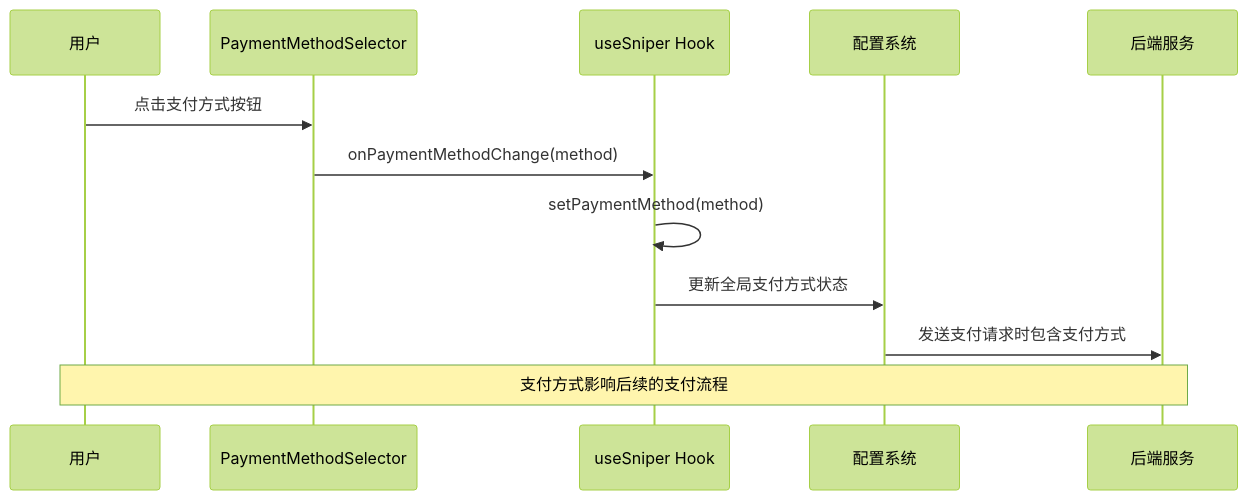
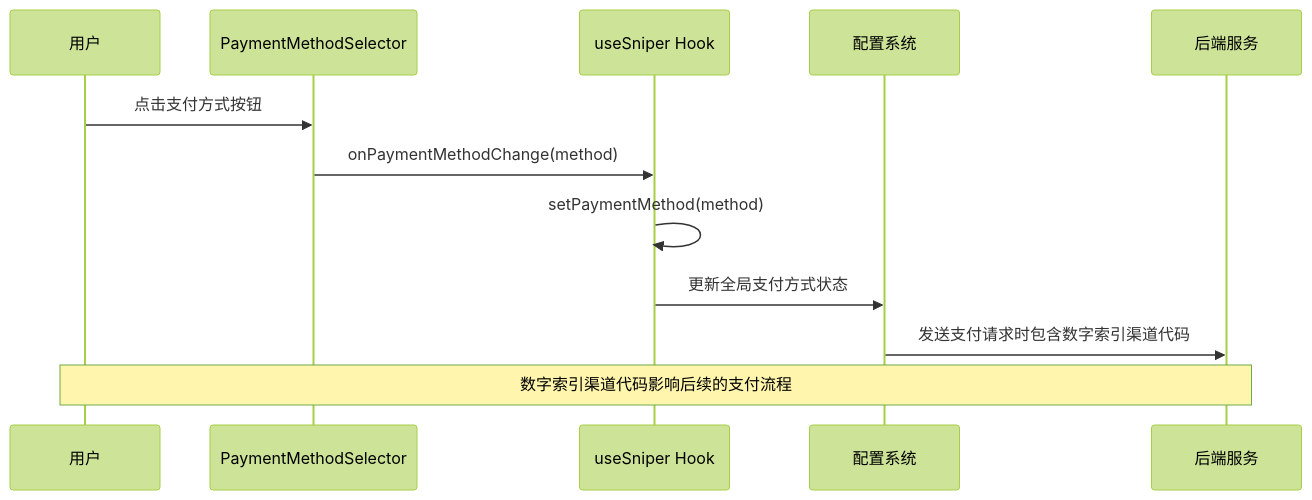
The second of 6 diagrams in .qoder/repowiki/zh/content/UI组件/支付方法选择器.md (16499259-oss/GLM-sniper), drawn with Mermaid (forest theme) before and after one commit. The commit also changed other lines of this file and 5 other files, not shown here.

````diff
--- a/.qoder/repowiki/zh/content/UI组件/支付方法选择器.md
+++ b/.qoder/repowiki/zh/content/UI组件/支付方法选择器.md
@@ -106,14 +108,14 @@
 ```mermaid
 sequenceDiagram
 participant User as 用户
 participant UI as PaymentMethodSelector
 participant Hook as useSniper Hook
 participant Config as 配置系统
 participant Server as 后端服务
 User->>UI : 点击支付方式按钮
 UI->>Hook : onPaymentMethodChange(method)
 Hook->>Hook : setPaymentMethod(method)
 Hook->>Config : 更新全局支付方式状态
-Config->>Server : 发送支付请求时包含支付方式
-Note over User,Server : 支付方式影响后续的支付流程
+Config->>Server : 发送支付请求时包含数字索引渠道代码
+Note over User,Server : 数字索引渠道代码影响后续的支付流程
 ```
````
